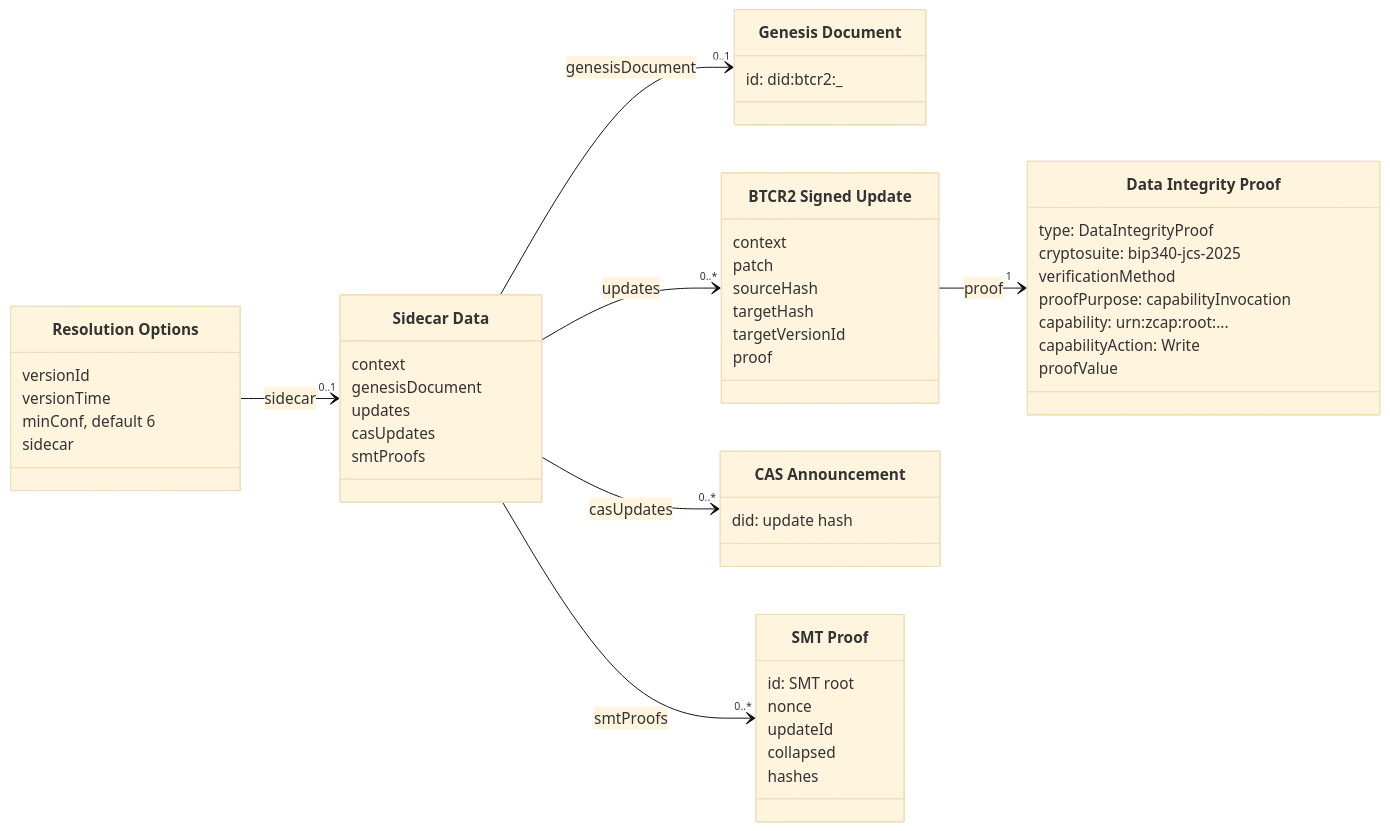
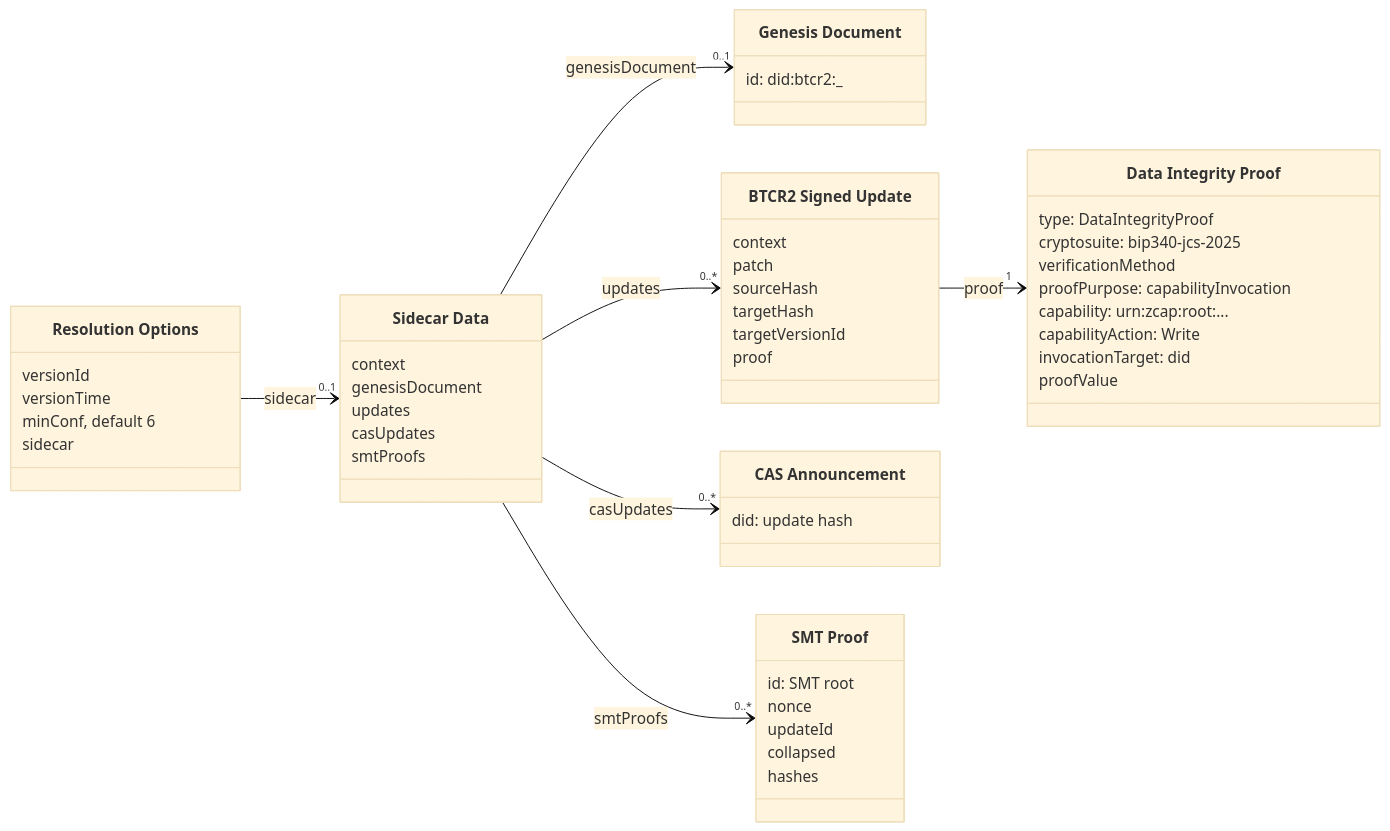
Before and after one commit to dcdpr/website-btcr2-dev: the first of 4 diagrams in src/content/docs/diagrams/data.md, drawn with Mermaid (base theme). The commit also changed 4 other files, not shown here.

First line of the commit message:
docs(diagrams): follow the spec changes to update and resolve

````diff
--- a/src/content/docs/diagrams/data.md
+++ b/src/content/docs/diagrams/data.md
@@ -14,53 +14,54 @@
 ```mermaid
 classDiagram
   direction LR
   class ResolutionOptions["Resolution Options"] {
     versionId
     versionTime
     minConf, default 6
     sidecar
   }
   class SidecarData["Sidecar Data"] {
     context
     genesisDocument
     updates
     casUpdates
     smtProofs
   }
   class GenesisDocument["Genesis Document"] {
     id: did:btcr2:_
   }
   class SignedUpdate["BTCR2 Signed Update"] {
     context
     patch
     sourceHash
     targetHash
     targetVersionId
     proof
   }
   class Proof["Data Integrity Proof"] {
     type: DataIntegrityProof
     cryptosuite: bip340-jcs-2025
     verificationMethod
     proofPurpose: capabilityInvocation
     capability: urn:zcap:root:...
     capabilityAction: Write
+    invocationTarget: did
     proofValue
   }
   class CASAnnouncement["CAS Announcement"] {
     did: update hash
   }
   class SMTProof["SMT Proof"] {
     id: SMT root
     nonce
     updateId
     collapsed
     hashes
   }
   ResolutionOptions --> "0..1" SidecarData : sidecar
   SidecarData --> "0..1" GenesisDocument : genesisDocument
   SidecarData --> "0..*" SignedUpdate : updates
   SidecarData --> "0..*" CASAnnouncement : casUpdates
   SidecarData --> "0..*" SMTProof : smtProofs
   SignedUpdate --> "1" Proof : proof
 ```
````
